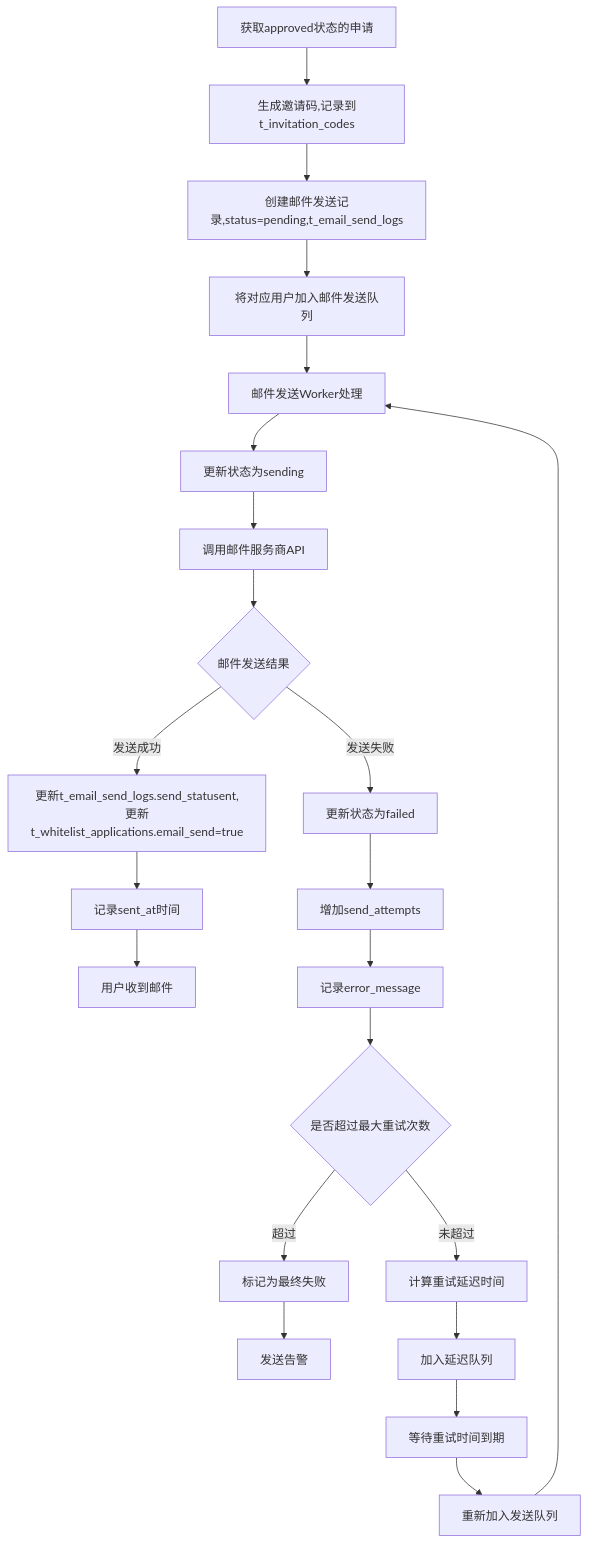
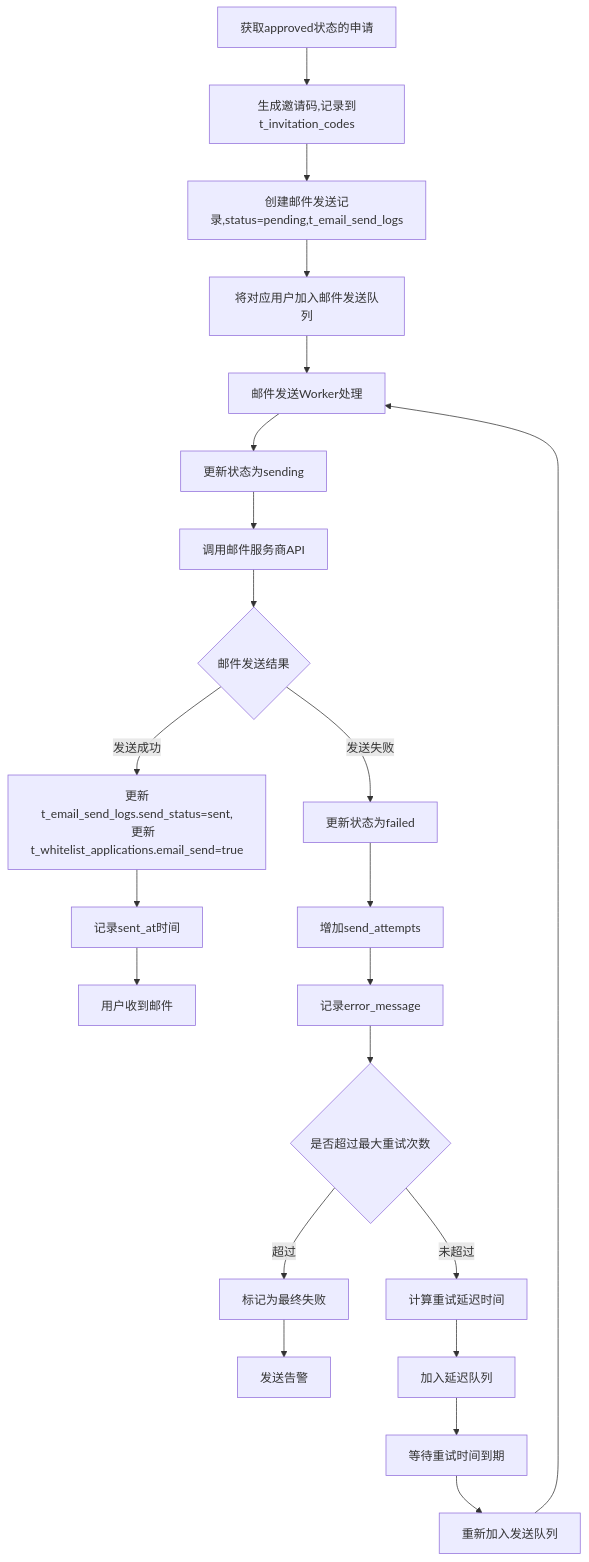
Before and after one commit to yingjianzh/iodraw-files: the diagram in all/未命名-77.md, drawn with Mermaid.

Commit message:
2025-07-08 10:07:50 update

````diff
--- a/all/未命名-77.md
+++ b/all/未命名-77.md
@@ -1,29 +1,30 @@
 ```mermaid
 
 flowchart TD
     A[获取approved状态的申请] --> B[生成邀请码,记录到t_invitation_codes]
     B --> C[创建邮件发送记录,status=pending,t_email_send_logs]
     C --> D[将对应用户加入邮件发送队列]
     
     D --> E[邮件发送Worker处理]
     E --> F[更新状态为sending]
     F --> G[调用邮件服务商API]
     G --> H{邮件发送结果}
     
-    H -->|发送成功| I[更新t_email_send_logs.send_statusent,更新t_whitelist_applications.email_send=true]
+    H -->|发送成功| I[更新t_email_send_logs.send_status=sent,
+    更新t_whitelist_applications.email_send=true]
     I --> J[记录sent_at时间]
     J --> K[用户收到邮件]
     
     H -->|发送失败| L[更新状态为failed]
     L --> M[增加send_attempts]
     M --> N[记录error_message]
     N --> O{是否超过最大重试次数}
     O -->|超过| P[标记为最终失败]
     P --> Q[发送告警]
     O -->|未超过| R[计算重试延迟时间]
     R --> S[加入延迟队列]
     S --> T[等待重试时间到期]
     T --> U[重新加入发送队列]
     U --> E
 
 ```
````
